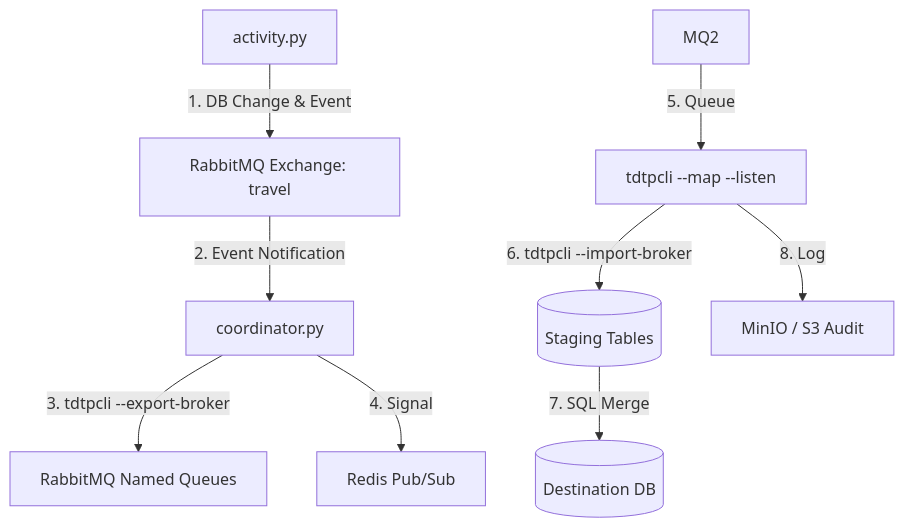
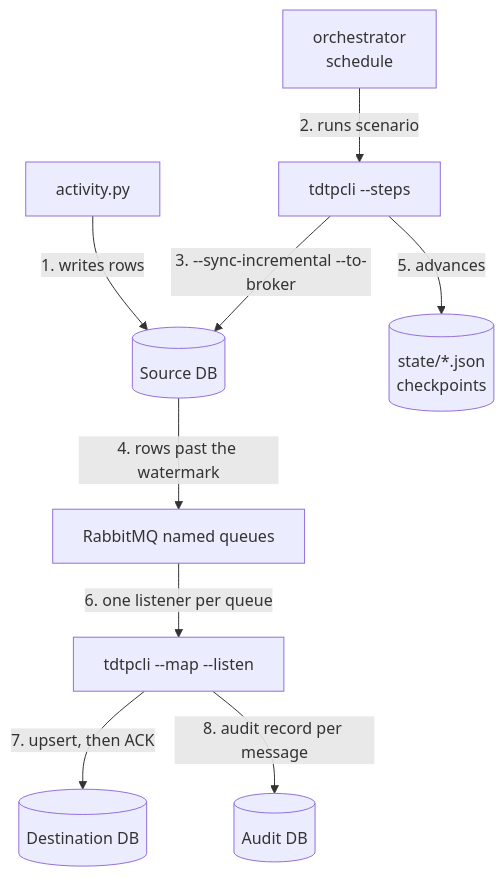
The diagram in examples/travel-agency/TRAVEL-AGENCY.md (ruslano69/tdtp-framework), drawn with Mermaid before and after one commit. The commit also changed other lines of this file and 12 other files, not shown here.

First line of the commit message:
refactor(travel-agency): replace coordinator.py with the orchestrator

````diff
--- a/examples/travel-agency/TRAVEL-AGENCY.md
+++ b/examples/travel-agency/TRAVEL-AGENCY.md
@@ -21,11 +24,11 @@
 ```mermaid
 graph TD
-    A[activity.py] -- "1. DB Change & Event" --> MQ[RabbitMQ Exchange: travel]
-    MQ -- "2. Event Notification" --> CO[coordinator.py]
-    CO -- "3. tdtpcli --export-broker" --> Q[RabbitMQ Named Queues]
-    CO -- "4. Signal" --> R[Redis Pub/Sub]
-    MQ2 -- "5. Queue" --> CS[tdtpcli --map --listen]
-    CS -- "6. tdtpcli --import-broker" --> STG[(Staging Tables)]
-    STG -- "7. SQL Merge" --> DB[(Destination DB)]
-    CS -- "8. Log" --> S3[MinIO / S3 Audit]
+    A[activity.py] -- "1. writes rows" --> SRC[(Source DB)]
+    O[orchestrator<br/>schedule] -- "2. runs scenario" --> ST[tdtpcli --steps]
+    ST -- "3. --sync-incremental --to-broker" --> SRC
+    SRC -- "4. rows past the watermark" --> Q[RabbitMQ named queues]
+    ST -- "5. advances" --> CP[(state/*.json<br/>checkpoints)]
+    Q -- "6. one listener per queue" --> CS[tdtpcli --map --listen]
+    CS -- "7. upsert, then ACK" --> DB[(Destination DB)]
+    CS -- "8. audit record per message" --> AUD[(Audit DB)]
 ```
````
